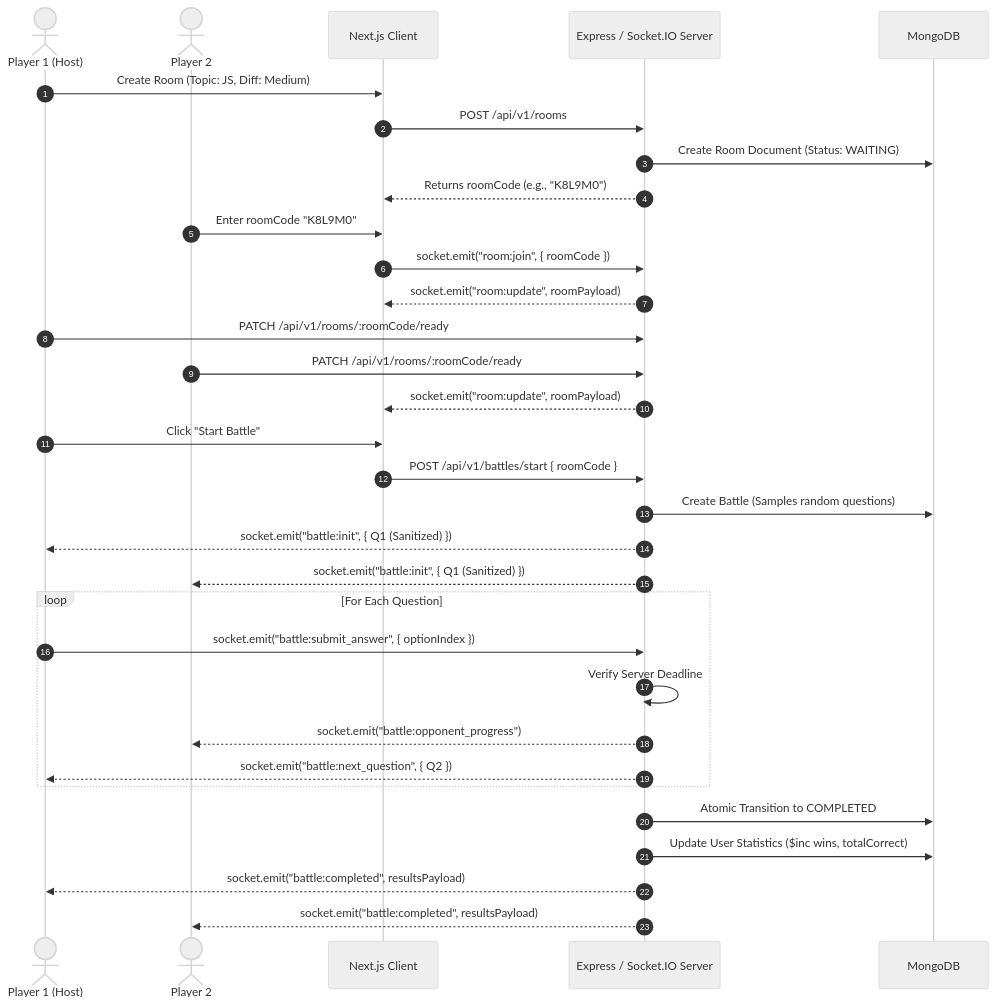
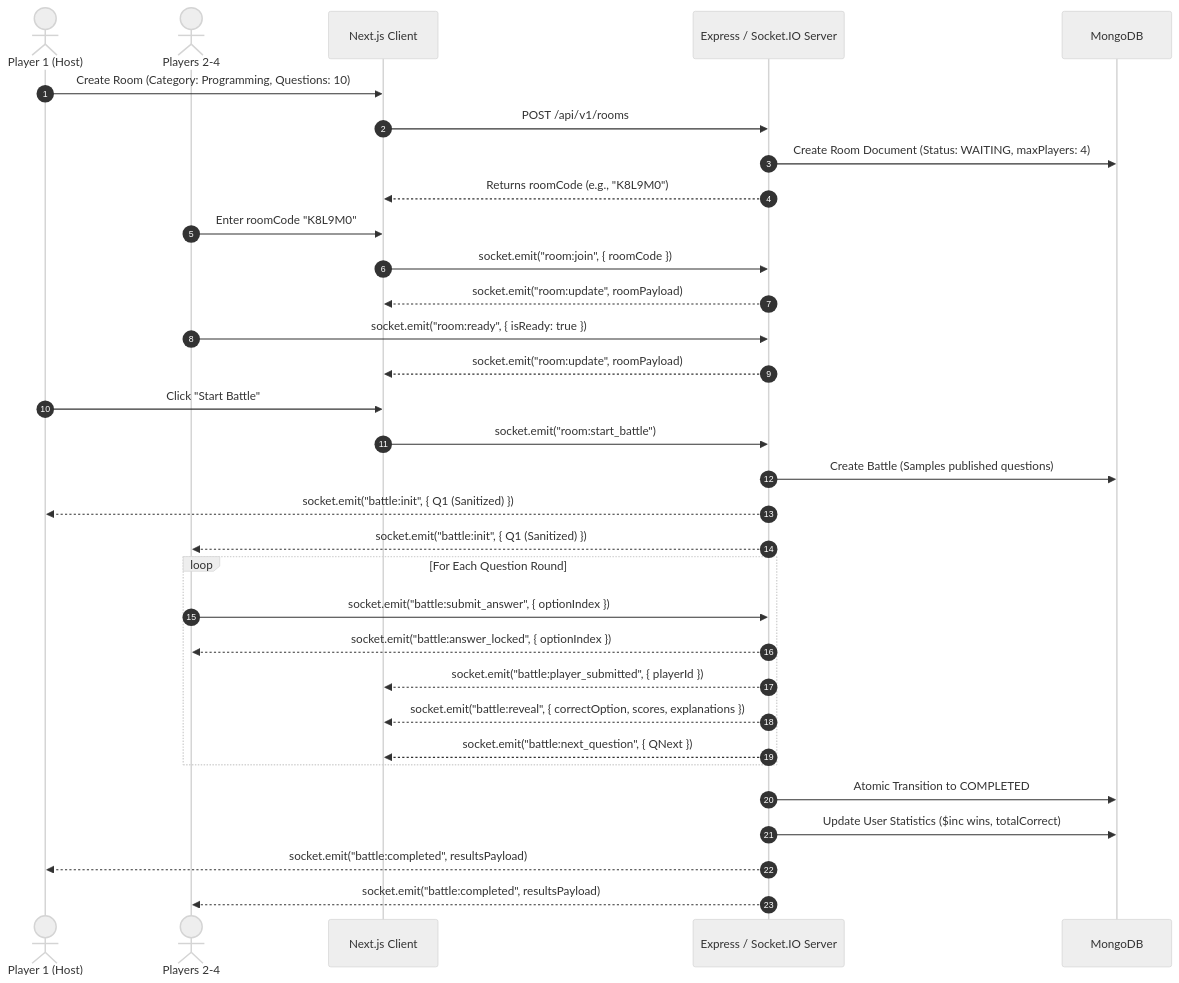
One commit to harshverma-25/CodeArena changed the diagram in docs/01-product-requirements.md. Above: the diagram before and after it, drawn with Mermaid (neutral theme). The commit also changed other lines of this file and 17 other files, not shown here.

Commit message:
docs: synchronize project documentation with current architecture

````diff
--- a/docs/01-product-requirements.md
+++ b/docs/01-product-requirements.md
@@ -47,41 +47,41 @@
 ```mermaid
 sequenceDiagram
     autonumber
     actor Host as Player 1 (Host)
-    actor Opponent as Player 2
+    actor Players as Players 2-4
     participant Client as Next.js Client
     participant Server as Express / Socket.IO Server
     participant DB as MongoDB
 
-    Host->>Client: Create Room (Topic: JS, Diff: Medium)
+    Host->>Client: Create Room (Category: Programming, Questions: 10)
     Client->>Server: POST /api/v1/rooms
-    Server->>DB: Create Room Document (Status: WAITING)
+    Server->>DB: Create Room Document (Status: WAITING, maxPlayers: 4)
     Server-->>Client: Returns roomCode (e.g., "K8L9M0")
     
-    Opponent->>Client: Enter roomCode "K8L9M0"
+    Players->>Client: Enter roomCode "K8L9M0"
     Client->>Server: socket.emit("room:join", { roomCode })
     Server-->>Client: socket.emit("room:update", roomPayload)
 
-    Host->>Server: PATCH /api/v1/rooms/:roomCode/ready
-    Opponent->>Server: PATCH /api/v1/rooms/:roomCode/ready
+    Players->>Server: socket.emit("room:ready", { isReady: true })
     Server-->>Client: socket.emit("room:update", roomPayload)
 
     Host->>Client: Click "Start Battle"
-    Client->>Server: POST /api/v1/battles/start { roomCode }
+    Client->>Server: socket.emit("room:start_battle")
 
-    Server->>DB: Create Battle (Samples random questions)
+    Server->>DB: Create Battle (Samples published questions)
     Server-->>Host: socket.emit("battle:init", { Q1 (Sanitized) })
-    Server-->>Opponent: socket.emit("battle:init", { Q1 (Sanitized) })
+    Server-->>Players: socket.emit("battle:init", { Q1 (Sanitized) })
 
-    loop For Each Question
-        Host->>Server: socket.emit("battle:submit_answer", { optionIndex })
-        Server->>Server: Verify Server Deadline
-        Server-->>Opponent: socket.emit("battle:opponent_progress")
-        Server-->>Host: socket.emit("battle:next_question", { Q2 })
+    loop For Each Question Round
+        Players->>Server: socket.emit("battle:submit_answer", { optionIndex })
+        Server-->>Players: socket.emit("battle:answer_locked", { optionIndex })
+        Server-->>Client: socket.emit("battle:player_submitted", { playerId })
+        Server-->>Client: socket.emit("battle:reveal", { correctOption, scores, explanations })
+        Server-->>Client: socket.emit("battle:next_question", { QNext })
     end
 
     Server->>DB: Atomic Transition to COMPLETED
     Server->>DB: Update User Statistics ($inc wins, totalCorrect)
     Server-->>Host: socket.emit("battle:completed", resultsPayload)
-    Server-->>Opponent: socket.emit("battle:completed", resultsPayload)
+    Server-->>Players: socket.emit("battle:completed", resultsPayload)
 ```
````
